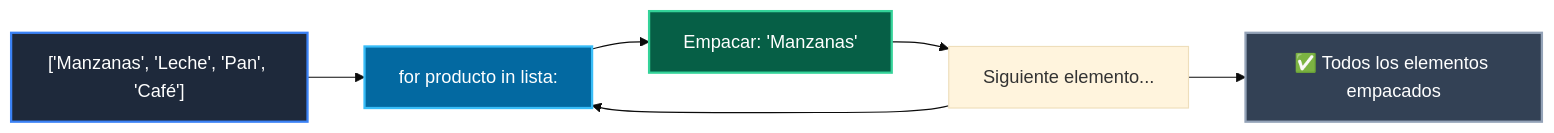
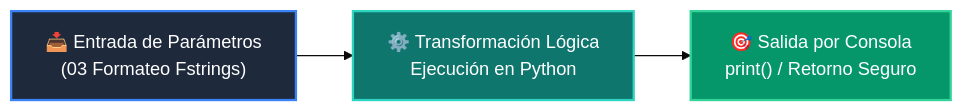
The diagram in 01-fundamentos-python/clase-02-variables-y-tipos/ejemplos/ejemplo_03_formateo_fstrings/README.md (wisrovi/wisrovi-python), drawn with Mermaid (base theme) before and after one commit. The commit also changed other lines of this file and 226 other files, not shown here.

Commit message:
docs: elevate all repository READMEs to world-class mastery standard with rich pedagogical architecture, custom Mermaids, and professional styling

````diff
--- a/01-fundamentos-python/clase-02-variables-y-tipos/ejemplos/ejemplo_03_formateo_fstrings/README.md
+++ b/01-fundamentos-python/clase-02-variables-y-tipos/ejemplos/ejemplo_03_formateo_fstrings/README.md
@@ -12,13 +19,9 @@
 ```mermaid
 flowchart LR
-    LST["['Manzanas', 'Leche', 'Pan', 'Café']"] --> FOR["for producto in lista:"]
-    FOR --> PKG["Empacar: 'Manzanas'"]
-    PKG --> NEXT["Siguiente elemento..."]
-    NEXT --> FOR
-    NEXT --> DONE["✅ Todos los elementos empacados"]
+    A["📥 Entrada de Parámetros<br/>(03 Formateo Fstrings)"] --> B["⚙️ Transformación Lógica<br/>Ejecución en Python"]
+    B --> C["🎯 Salida por Consola<br/>print() / Retorno Seguro"]
 
-    style LST fill:#1e293b,color:#fff,stroke:#3b82f6,stroke-width:2px
-    style FOR fill:#0369a1,color:#fff,stroke:#38bdf8,stroke-width:2px
-    style PKG fill:#065f46,color:#fff,stroke:#34d399,stroke-width:2px
-    style DONE fill:#334155,color:#fff,stroke:#94a3b8,stroke-width:2px
+    style A fill:#1e293b,color:#ffffff,stroke:#3b82f6,stroke-width:2px
+    style B fill:#0f766e,color:#ffffff,stroke:#2dd4bf,stroke-width:2px
+    style C fill:#059669,color:#ffffff,stroke:#34d399,stroke-width:2px
 ```
````
